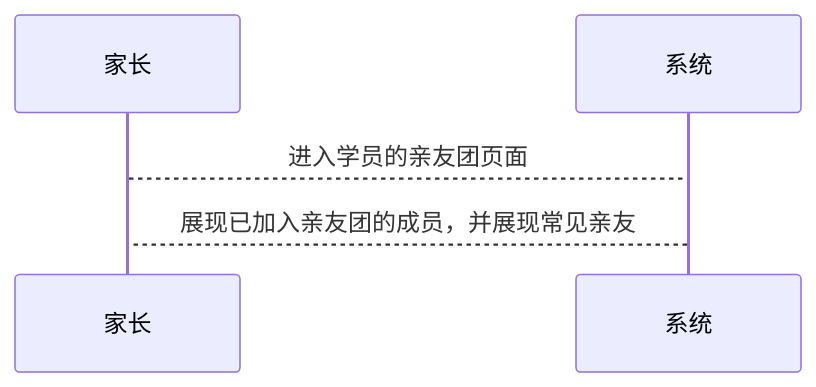
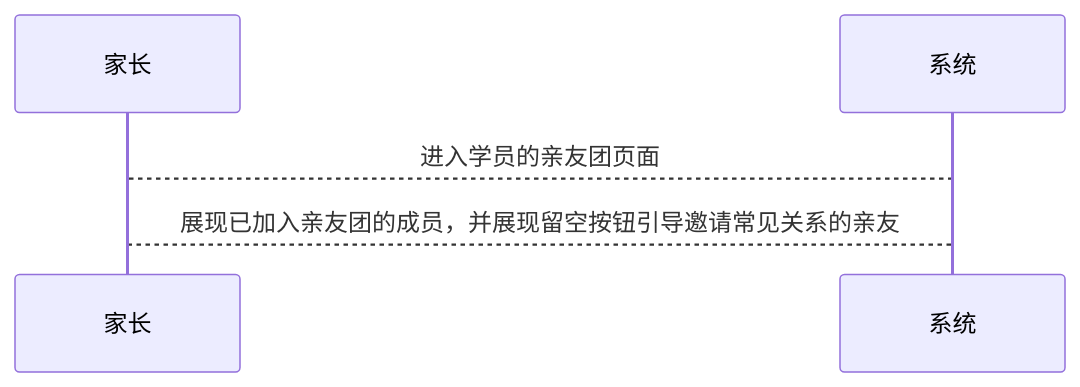
The first of 2 diagrams in 用例/家长-学员关系绑定.md (world-wide-web/sign), drawn with Mermaid before and after one commit. The commit also changed other lines of this file, not shown here.

````diff
--- a/用例/家长-学员关系绑定.md
+++ b/用例/家长-学员关系绑定.md
@@ -10,8 +10,10 @@
 ```mermaid
 sequenceDiagram
 
 家长-->系统: 进入学员的亲友团页面
 
-系统-->家长: 展现已加入亲友团的成员，并展现常见亲友
+系统-->家长: 展现已加入亲友团的成员，并展现留空按钮引导邀请常见关系的亲友
+
+
 
 ```
````
